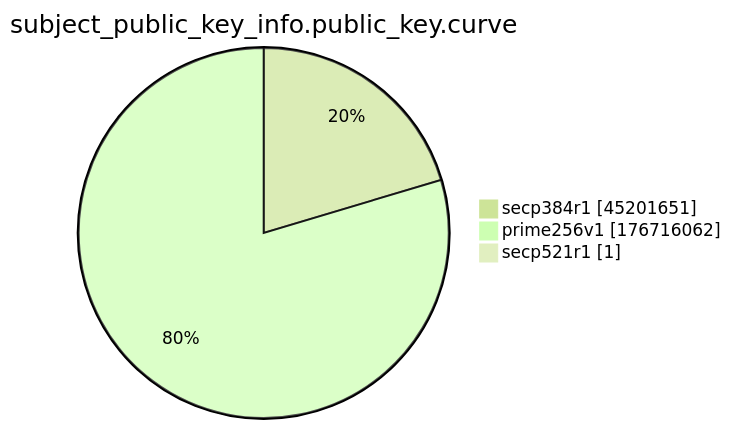
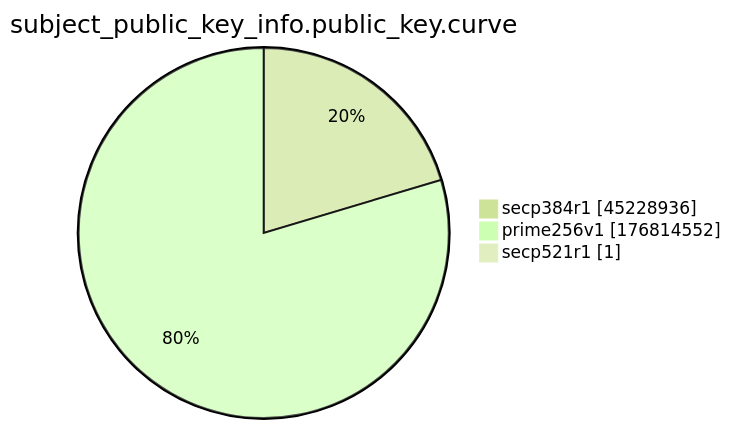
The ninth of 15 diagrams in xenon2022/README.md (christiankrug/ctmonitor_visualization), drawn with Mermaid (forest theme) before and after one commit. The commit also changed other lines of this file, not shown here.

````diff
--- a/xenon2022/README.md
+++ b/xenon2022/README.md
@@ -2872,7 +2872,7 @@
 ```mermaid
 pie showData
 title subject_public_key_info.public_key.curve
-"secp384r1" :45201651
-"prime256v1" :176716062
+"secp384r1" :45228936
+"prime256v1" :176814552
 "secp521r1" :1
 ```
````
